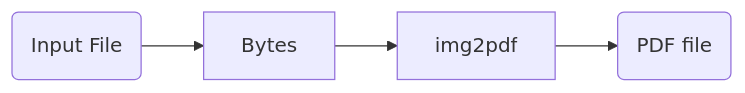
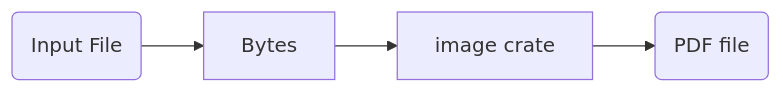
The second of 4 diagrams in README.md (AstraBert/PdfItDown), drawn with Mermaid before and after one commit. The commit also changed other lines of this file and 72 other files, not shown here.

````diff
--- a/README.md
+++ b/README.md
@@ -46,6 +46,6 @@
 ```mermaid
 graph LR
 2(Input File) --> 3[Bytes]
-3[Bytes] --> 4[img2pdf]
-4[img2pdf] --> 5(PDF file)
+3[Bytes] --> 4[image crate]
+4[image crate] --> 5(PDF file)
 ```
````
